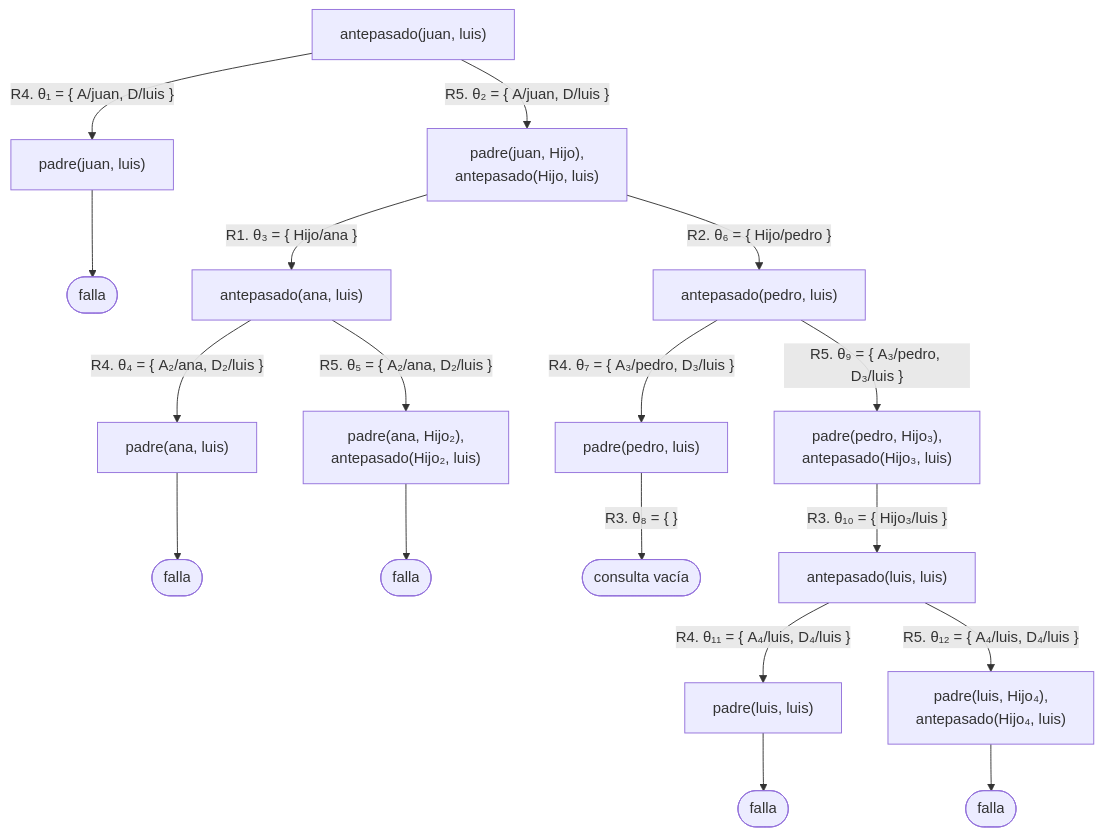
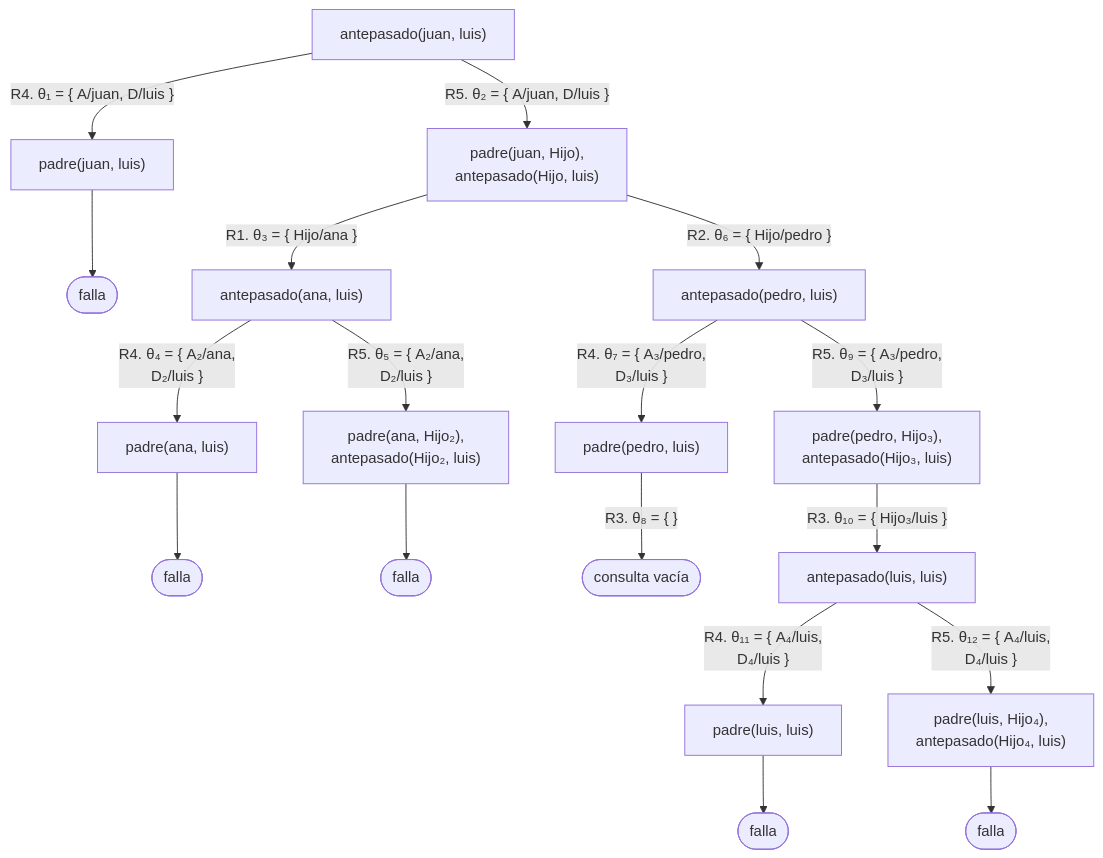
The fifth of 10 diagrams in docs/capitulo-05-como-responde-prolog/soluciones.md (CesarBallardini/curso-de-prolog), drawn with Mermaid before and after one commit. The commit also changed other lines of this file and 24 other files, not shown here.

First line of the commit message:
feat(docs): botones para ocultar las columnas laterales y etiquetas cortas en los diagramas

````diff
--- a/docs/capitulo-05-como-responde-prolog/soluciones.md
+++ b/docs/capitulo-05-como-responde-prolog/soluciones.md
@@ -229,20 +229,20 @@
 ```mermaid
 flowchart TD
     A["antepasado(juan, luis)"] -- "R4. θ₁ = {&nbsp;A/juan, D/luis&nbsp;}" --> B["padre(juan, luis)"]
     A -- "R5. θ₂ = {&nbsp;A/juan, D/luis&nbsp;}" --> C["padre(juan, Hijo),<br/>antepasado(Hijo, luis)"]
     B --> F0(["falla"])
     C -- "R1. θ₃ = {&nbsp;Hijo/ana&nbsp;}" --> E["antepasado(ana, luis)"]
     C -- "R2. θ₆ = {&nbsp;Hijo/pedro&nbsp;}" --> F["antepasado(pedro, luis)"]
-    E -- "R4. θ₄ = {&nbsp;A₂/ana, D₂/luis&nbsp;}" --> E1["padre(ana, luis)"]
-    E -- "R5. θ₅ = {&nbsp;A₂/ana, D₂/luis&nbsp;}" --> E2["padre(ana, Hijo₂),<br/>antepasado(Hijo₂, luis)"]
+    E -- "R4. θ₄ = {&nbsp;A₂/ana,<br/>D₂/luis&nbsp;}" --> E1["padre(ana, luis)"]
+    E -- "R5. θ₅ = {&nbsp;A₂/ana,<br/>D₂/luis&nbsp;}" --> E2["padre(ana, Hijo₂),<br/>antepasado(Hijo₂, luis)"]
     E1 --> F1(["falla"])
     E2 --> F2(["falla"])
-    F -- "R4. θ₇ = {&nbsp;A₃/pedro, D₃/luis&nbsp;}" --> G1["padre(pedro, luis)"]
-    F -- "R5. θ₉ = {&nbsp;A₃/pedro, D₃/luis&nbsp;}" --> G2["padre(pedro, Hijo₃),<br/>antepasado(Hijo₃, luis)"]
+    F -- "R4. θ₇ = {&nbsp;A₃/pedro,<br/>D₃/luis&nbsp;}" --> G1["padre(pedro, luis)"]
+    F -- "R5. θ₉ = {&nbsp;A₃/pedro,<br/>D₃/luis&nbsp;}" --> G2["padre(pedro, Hijo₃),<br/>antepasado(Hijo₃, luis)"]
     G1 -- "R3. θ₈ = {&nbsp;}" --> S(["consulta vacía"])
     G2 -- "R3. θ₁₀ = {&nbsp;Hijo₃/luis&nbsp;}" --> H["antepasado(luis, luis)"]
-    H -- "R4. θ₁₁ = {&nbsp;A₄/luis, D₄/luis&nbsp;}" --> H1["padre(luis, luis)"]
-    H -- "R5. θ₁₂ = {&nbsp;A₄/luis, D₄/luis&nbsp;}" --> H2["padre(luis, Hijo₄),<br/>antepasado(Hijo₄, luis)"]
+    H -- "R4. θ₁₁ = {&nbsp;A₄/luis,<br/>D₄/luis&nbsp;}" --> H1["padre(luis, luis)"]
+    H -- "R5. θ₁₂ = {&nbsp;A₄/luis,<br/>D₄/luis&nbsp;}" --> H2["padre(luis, Hijo₄),<br/>antepasado(Hijo₄, luis)"]
     H1 --> F3(["falla"])
     H2 --> F4(["falla"])
 ```
````
